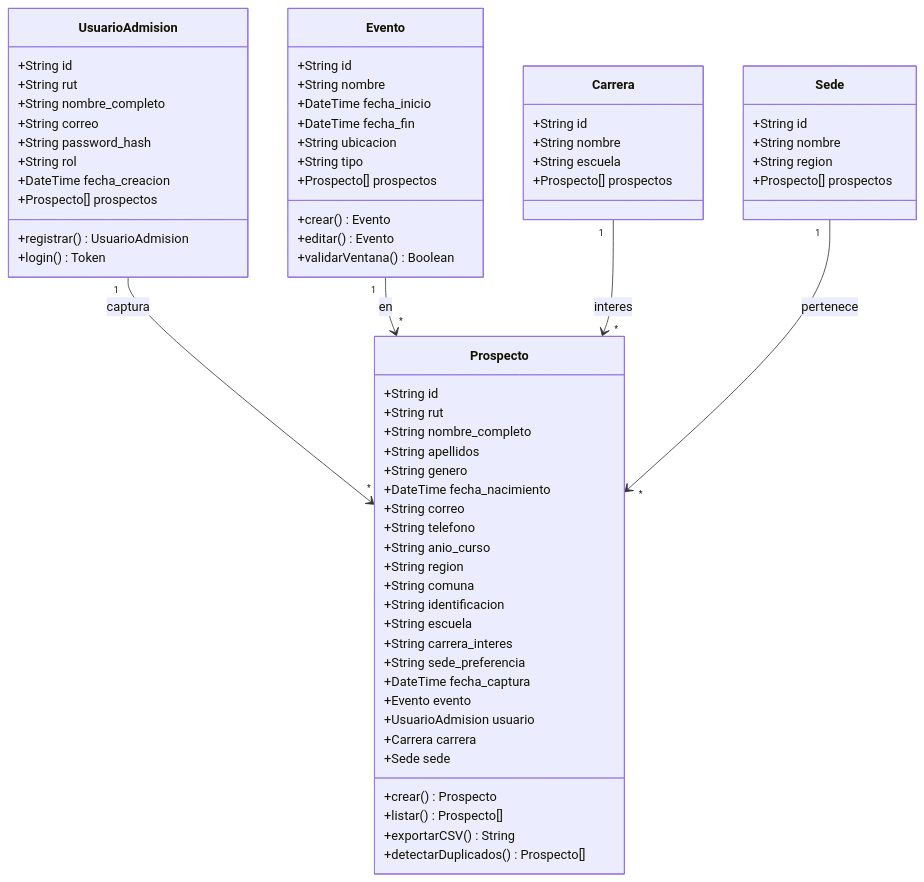
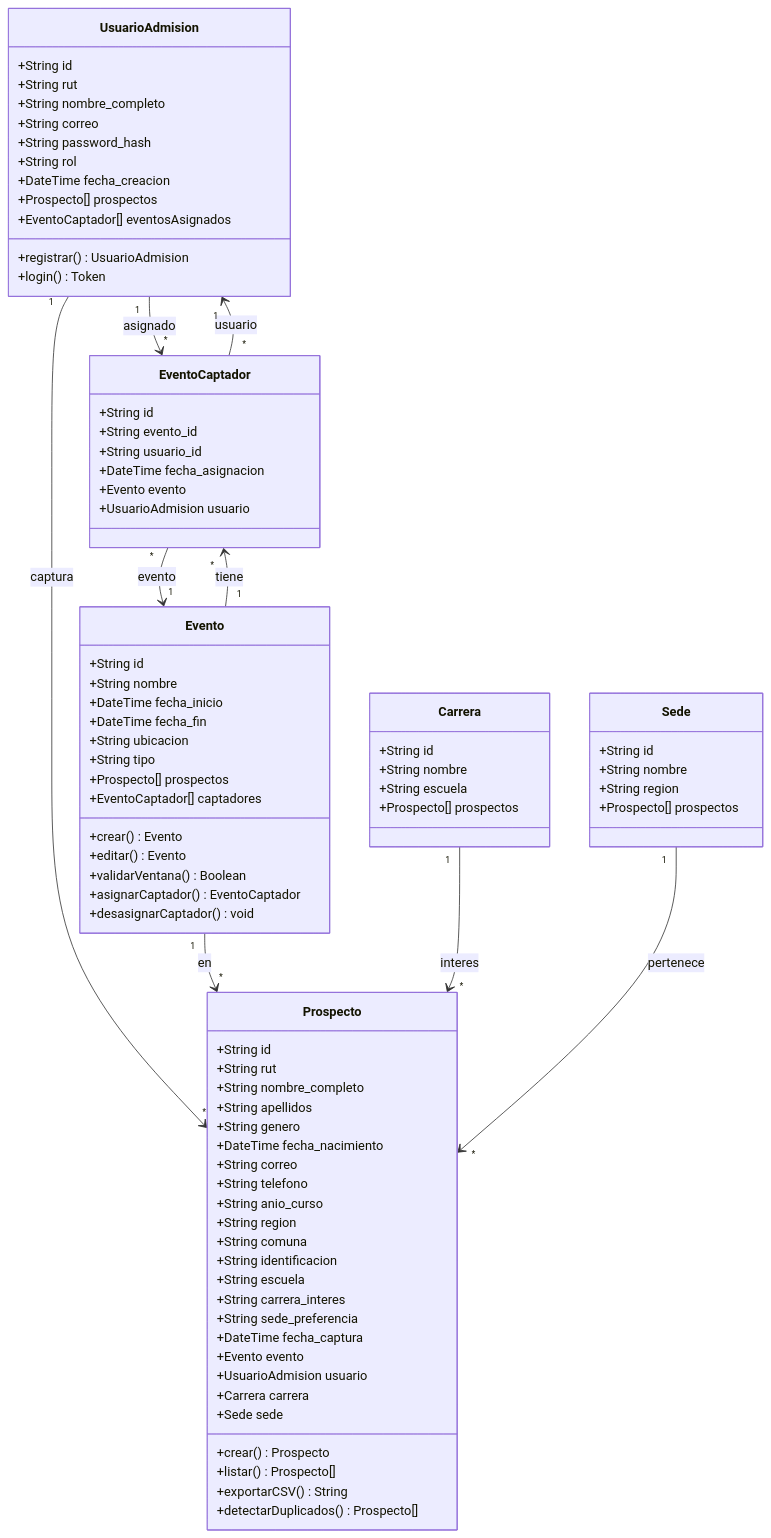
One commit to Pancho190/capstone-2026-002D-equipo-04 changed the first of 3 diagrams in docs/fase2-desarrollo/grupales/Evidencias de documentación/uml-clases.md. Above: the diagram before and after it, drawn with Mermaid. The commit also changed other lines of this file and 6 other files, not shown here.

Commit message:
docs: actualizar documentación y diagramas UML con panel de captador y asignación de captadores

````diff
--- a/docs/fase2-desarrollo/grupales/Evidencias de documentación/uml-clases.md
+++ b/docs/fase2-desarrollo/grupales/Evidencias de documentación/uml-clases.md
@@ -16,8 +16,18 @@
         +String rol
         +DateTime fecha_creacion
         +Prospecto[] prospectos
+        +EventoCaptador[] eventosAsignados
         +registrar() UsuarioAdmision
         +login() Token
+    }
+
+    class EventoCaptador {
+        +String id
+        +String evento_id
+        +String usuario_id
+        +DateTime fecha_asignacion
+        +Evento evento
+        +UsuarioAdmision usuario
     }
 
     class Prospecto {
@@ -55,9 +65,12 @@
         +String ubicacion
         +String tipo
         +Prospecto[] prospectos
+        +EventoCaptador[] captadores
         +crear() Evento
         +editar() Evento
         +validarVentana() Boolean
+        +asignarCaptador() EventoCaptador
+        +desasignarCaptador() void
     }
 
     class Carrera {
@@ -75,7 +88,11 @@
     }
 
     UsuarioAdmision "1" --> "*" Prospecto : captura
+    UsuarioAdmision "1" --> "*" EventoCaptador : asignado
     Evento "1" --> "*" Prospecto : en
+    Evento "1" --> "*" EventoCaptador : tiene
     Carrera "1" --> "*" Prospecto : interes
     Sede "1" --> "*" Prospecto : pertenece
+    EventoCaptador "*" --> "1" UsuarioAdmision : usuario
+    EventoCaptador "*" --> "1" Evento : evento
 ```
````
